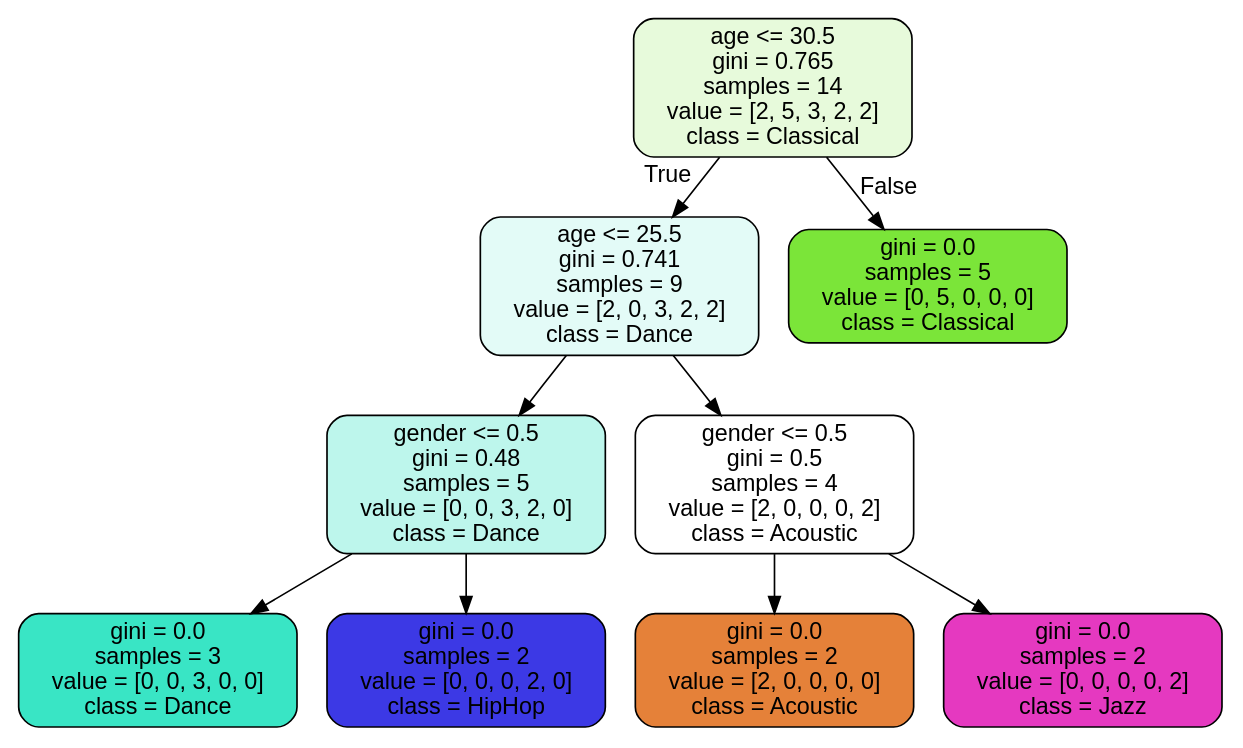
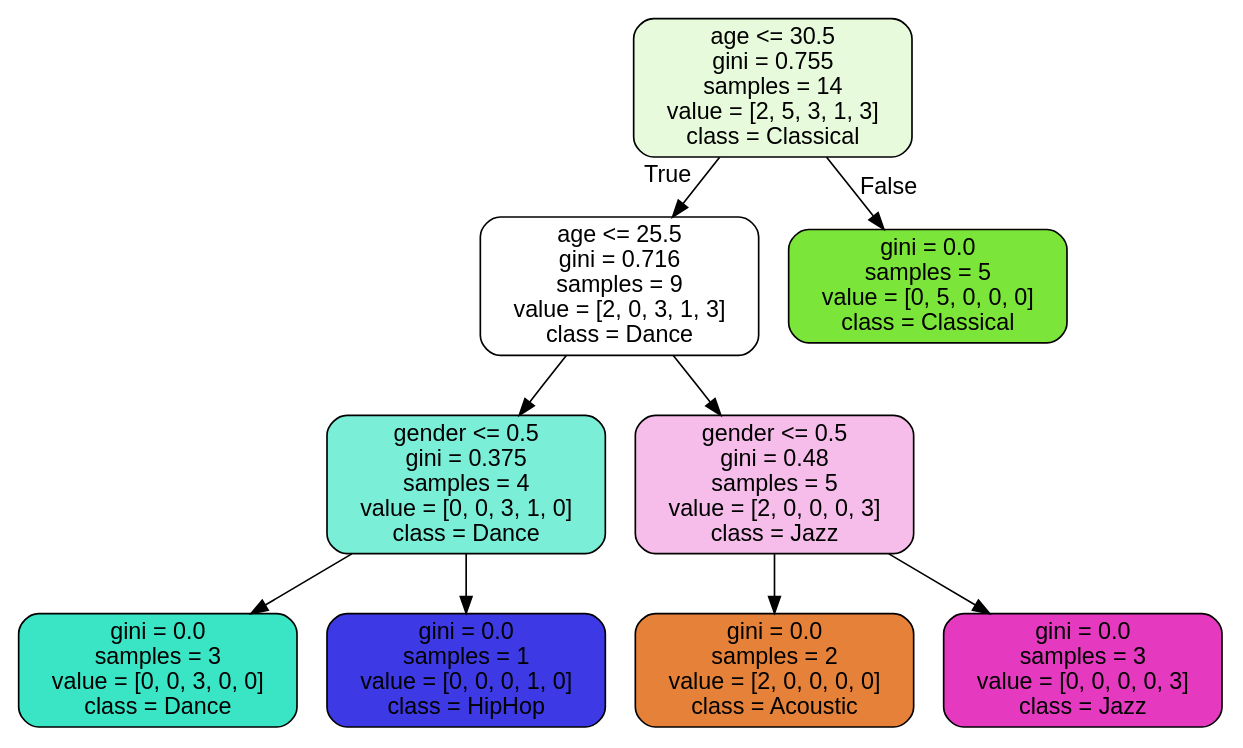
One commit to Kzarama/machine_learning changed the diagram in music recomender/music-recommender.dot. Above: the diagram before and after it, drawn with Graphviz. The commit also changed 4 other files, not shown here.

```diff
--- a/music recomender/music-recommender.dot
+++ b/music recomender/music-recommender.dot
@@ -1,21 +1,21 @@
 digraph Tree {
 node [shape=box, style="filled, rounded", color="black", fontname=helvetica] ;
 edge [fontname=helvetica] ;
-0 [label="age <= 30.5\ngini = 0.765\nsamples = 14\nvalue = [2, 5, 3, 2, 2]\nclass = Classical", fillcolor="#e7fadb"] ;
-1 [label="age <= 25.5\ngini = 0.741\nsamples = 9\nvalue = [2, 0, 3, 2, 2]\nclass = Dance", fillcolor="#e3fbf7"] ;
+0 [label="age <= 30.5\ngini = 0.755\nsamples = 14\nvalue = [2, 5, 3, 1, 3]\nclass = Classical", fillcolor="#e7fadb"] ;
+1 [label="age <= 25.5\ngini = 0.716\nsamples = 9\nvalue = [2, 0, 3, 1, 3]\nclass = Dance", fillcolor="#ffffff"] ;
 0 -> 1 [labeldistance=2.5, labelangle=45, headlabel="True"] ;
-2 [label="gender <= 0.5\ngini = 0.48\nsamples = 5\nvalue = [0, 0, 3, 2, 0]\nclass = Dance", fillcolor="#bdf6ec"] ;
+2 [label="gender <= 0.5\ngini = 0.375\nsamples = 4\nvalue = [0, 0, 3, 1, 0]\nclass = Dance", fillcolor="#7beed8"] ;
 1 -> 2 ;
 3 [label="gini = 0.0\nsamples = 3\nvalue = [0, 0, 3, 0, 0]\nclass = Dance", fillcolor="#39e5c5"] ;
 2 -> 3 ;
-4 [label="gini = 0.0\nsamples = 2\nvalue = [0, 0, 0, 2, 0]\nclass = HipHop", fillcolor="#3c39e5"] ;
+4 [label="gini = 0.0\nsamples = 1\nvalue = [0, 0, 0, 1, 0]\nclass = HipHop", fillcolor="#3c39e5"] ;
 2 -> 4 ;
-5 [label="gender <= 0.5\ngini = 0.5\nsamples = 4\nvalue = [2, 0, 0, 0, 2]\nclass = Acoustic", fillcolor="#ffffff"] ;
+5 [label="gender <= 0.5\ngini = 0.48\nsamples = 5\nvalue = [2, 0, 0, 0, 3]\nclass = Jazz", fillcolor="#f6bdea"] ;
 1 -> 5 ;
 6 [label="gini = 0.0\nsamples = 2\nvalue = [2, 0, 0, 0, 0]\nclass = Acoustic", fillcolor="#e58139"] ;
 5 -> 6 ;
-7 [label="gini = 0.0\nsamples = 2\nvalue = [0, 0, 0, 0, 2]\nclass = Jazz", fillcolor="#e539c0"] ;
+7 [label="gini = 0.0\nsamples = 3\nvalue = [0, 0, 0, 0, 3]\nclass = Jazz", fillcolor="#e539c0"] ;
 5 -> 7 ;
 8 [label="gini = 0.0\nsamples = 5\nvalue = [0, 5, 0, 0, 0]\nclass = Classical", fillcolor="#7be539"] ;
 0 -> 8 [labeldistance=2.5, labelangle=-45, headlabel="False"] ;
 }
```
